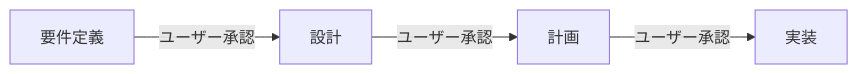
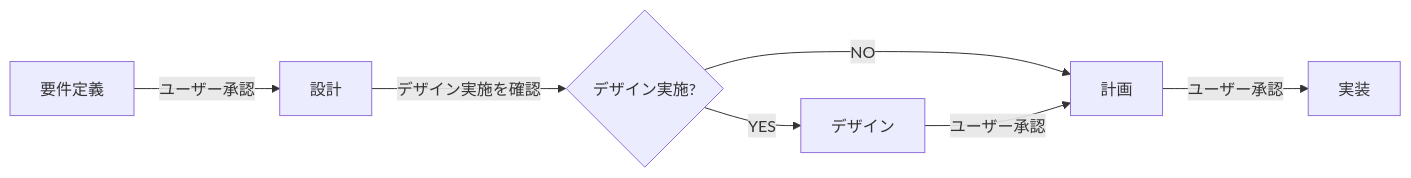
One commit to cho5butter/vibe-coding-templete changed the first of 2 diagrams in spec/workflow.md. Above: the diagram before and after it, drawn with Mermaid. The commit also changed other lines of this file and 4 other files, not shown here.

````diff
--- a/spec/workflow.md
+++ b/spec/workflow.md
@@ -20,6 +54,9 @@
 ```mermaid
 graph LR
     A[要件定義] -->|ユーザー承認| B[設計]
-    B -->|ユーザー承認| C[計画]
-    C -->|ユーザー承認| D[実装]
+    B -->|デザイン実施を確認| C{デザイン実施?}
+    C -->|YES| D[デザイン]
+    C -->|NO| E[計画]
+    D -->|ユーザー承認| E[計画]
+    E -->|ユーザー承認| F[実装]
 ```
````
